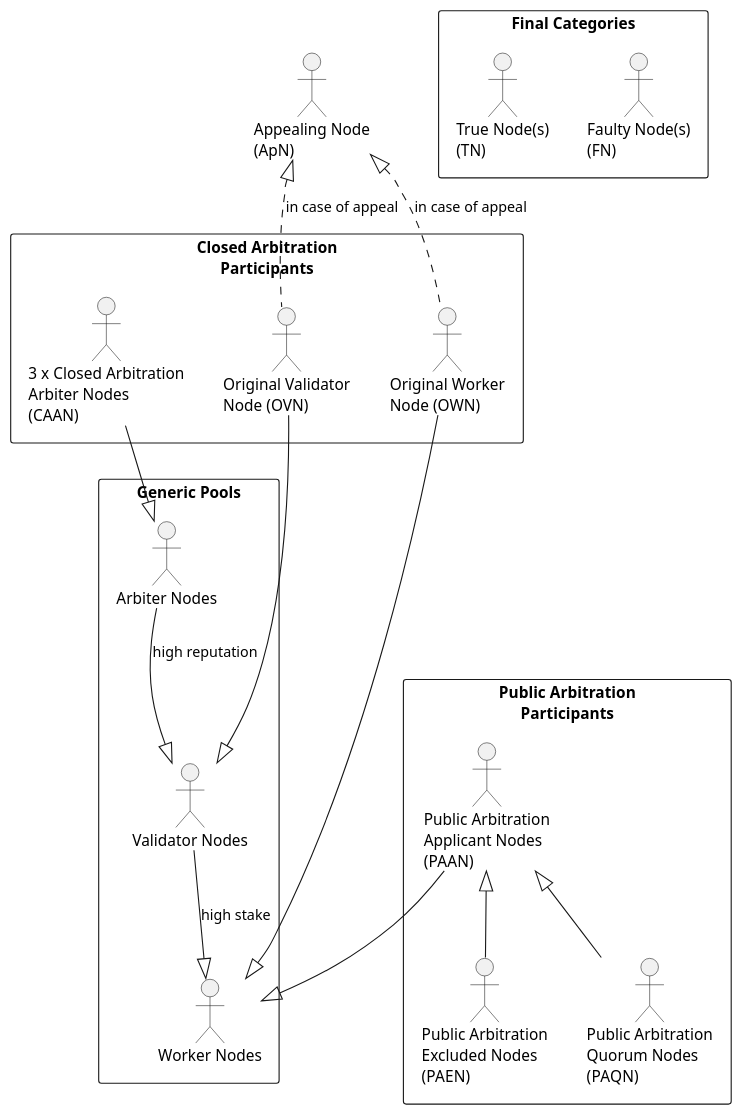
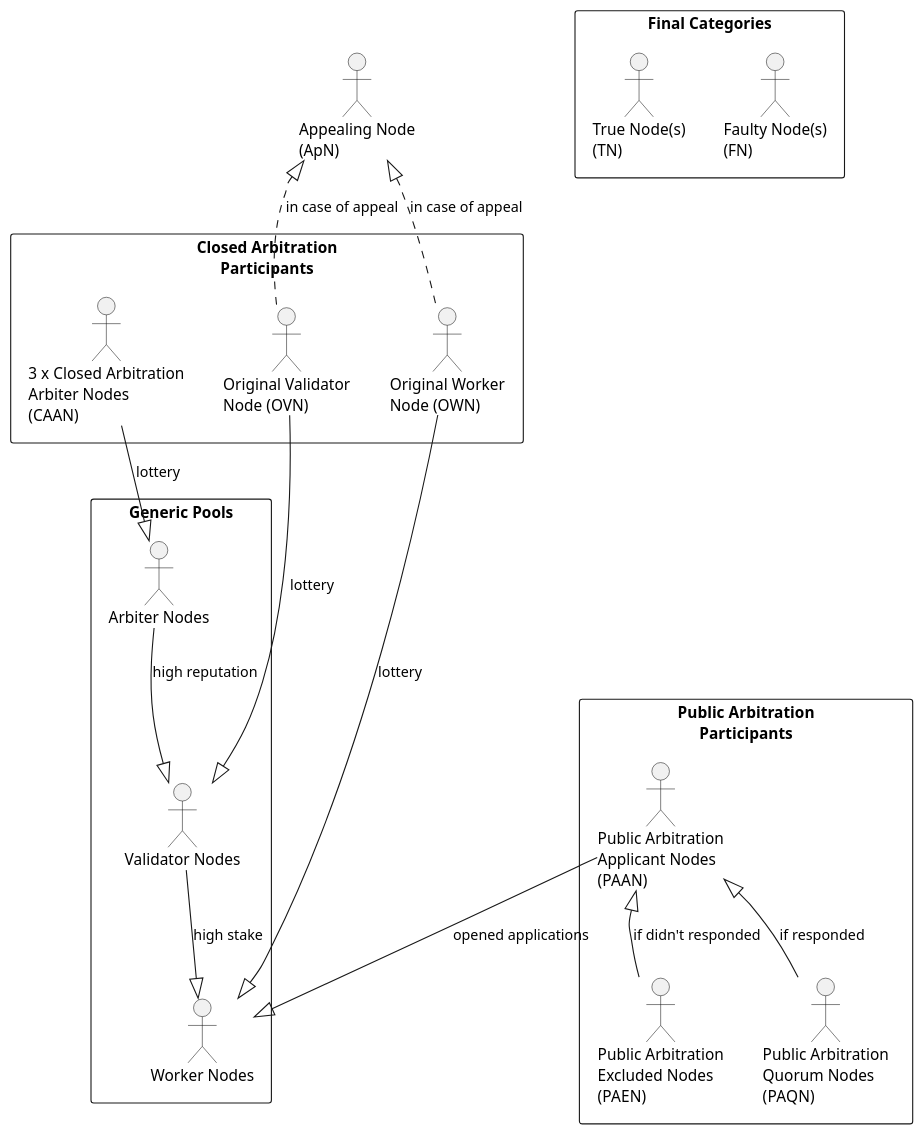
One commit to pandoraboxchain/pocw-techspecs changed the diagram in use_cases_cgnitive_arbitration_actors.plantuml. Above: the diagram before and after it, drawn with PlantUML.

```diff
--- a/use_cases_cgnitive_arbitration_actors.plantuml
+++ b/use_cases_cgnitive_arbitration_actors.plantuml
@@ -1,50 +1,50 @@
 @startuml
 rectangle "Generic Pools" {
   actor :Worker Nodes: as workers
   actor :Validator Nodes: as validators
   actor :Arbiter Nodes: as arbiters
 
   validators --|> workers: high stake
   arbiters --|> validators: high reputation
 }
 
 rectangle "Closed Arbitration\nParticipants" {
   actor :Original Worker\nNode (OWN): as own
   actor :Original Validator\nNode (OVN): as ovn
   actor :3 x Closed Arbitration\nArbiter Nodes\n(CAAN): as caan
 }
 
 actor :Appealing Node\n(ApN): as apn
 
 rectangle "Public Arbitration\nParticipants" {
   actor :Public Arbitration\nApplicant Nodes\n(PAAN): as paan
   actor :Public Arbitration\nQuorum Nodes\n(PAQN): as paqn
   actor :Public Arbitration\nExcluded Nodes\n(PAEN): as paen
 }
 
 rectangle "Final Categories" {
   actor :Faulty Node(s)\n(FN): as fn
   actor :True Node(s)\n(TN): as tn
 }
 
-own --|> workers
-ovn --|> validators
-caan --|> arbiters
-paan --|> workers
+own --|> workers: lottery
+ovn --|> validators: lottery
+caan --|> arbiters: lottery
+paan --|> workers: opened applications
 
-paan <|-- paqn
-paan <|-- paen
+paan <|-- paqn: if responded
+paan <|-- paen: if didn't responded
 
 apn <|.. own: in case of appeal
 apn <|.. ovn: in case of appeal
 
 'fn <|.. own
 'fn <|.. ovn
 'fn <|.. caan
 'fn <|.. paqn: <25%
 
 'tn <|.. own
 'tn <|.. ovn
 'tn <|.. caan
 'tn <|.. paqn: >75%
 @enduml
```
